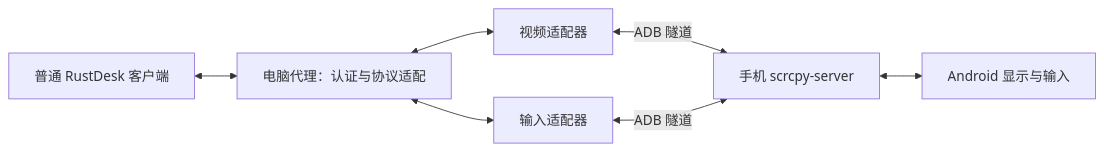
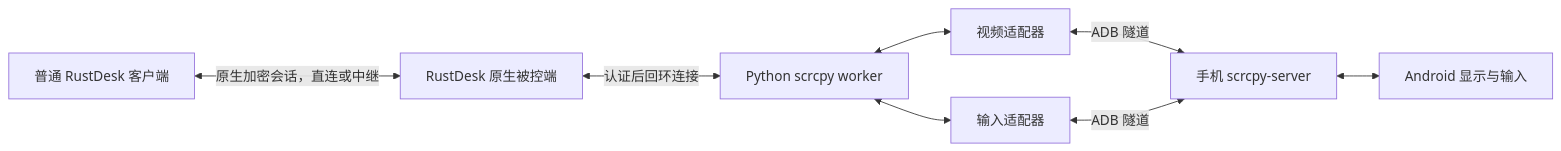
The diagram in docs/plans/rustdesk-android-bridge.md (Borealin/rustdesk-android-bridge), drawn with Mermaid before and after one commit. The commit also changed other lines of this file and 14 other files, not shown here.

Commit message:
feat: add native encrypted RustDesk host with scrcpy backend

````diff
--- a/docs/plans/rustdesk-android-bridge.md
+++ b/docs/plans/rustdesk-android-bridge.md
@@ -28,9 +28,10 @@
 ```mermaid
 flowchart LR
-    C[普通 RustDesk 客户端] <--> R[电脑代理：认证与协议适配]
+    C[普通 RustDesk 客户端] <-->|原生加密会话，直连或中继| N[RustDesk 原生被控端]
+    N <-->|认证后回环连接| R[Python scrcpy worker]
     R <--> V[视频适配器]
     R <--> I[输入适配器]
     V <-->|ADB 隧道| S[手机 scrcpy-server]
     I <-->|ADB 隧道| S
     S <--> A[Android 显示与输入]
 ```
````
